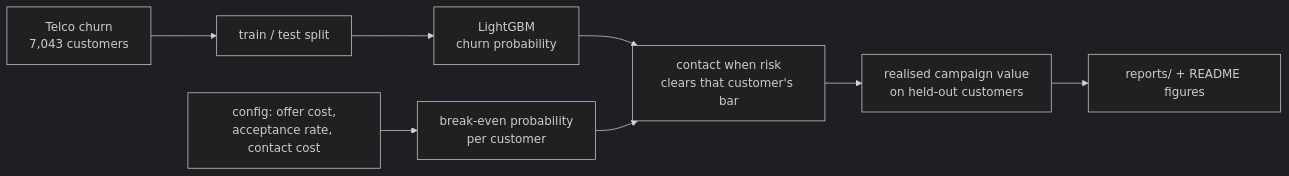
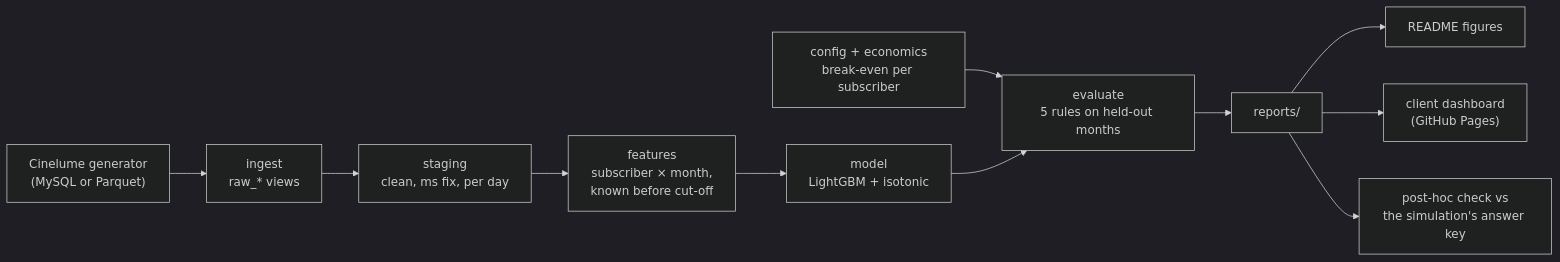
Before and after one commit to arielabade/churn-cost-sensitive: the diagram in README.md, drawn with Mermaid (dark theme). The commit also changed other lines of this file and 15 other files, not shown here.

First line of the commit message:
Rewrite the README for Cinelume and test that the documents match

````diff
--- a/README.md
+++ b/README.md
@@ -100,10 +120,13 @@
 ```mermaid
 flowchart LR
-  A["Telco churn<br/>7,043 customers"] --> B["train / test split"]
-  B --> C["LightGBM<br/>churn probability"]
-  D["config: offer cost,<br/>acceptance rate, contact cost"] --> E["break-even probability<br/>per customer"]
-  C --> F["contact when risk<br/>clears that customer's bar"]
-  E --> F
-  F --> G["realised campaign value<br/>on held-out customers"]
-  G --> H["reports/ + README figures"]
+  A["Cinelume generator<br/>(MySQL or Parquet)"] --> B["ingest<br/>raw_* views"]
+  B --> C["staging<br/>clean, ms fix, per day"]
+  C --> D["features<br/>subscriber × month,<br/>known before cut-off"]
+  D --> E["model<br/>LightGBM + isotonic"]
+  F["config + economics<br/>break-even per subscriber"] --> G["evaluate<br/>5 rules on held-out months"]
+  E --> G
+  G --> H["reports/"]
+  H --> I["README figures"]
+  H --> J["client dashboard<br/>(GitHub Pages)"]
+  H --> K["post-hoc check vs<br/>the simulation's answer key"]
 ```
````
